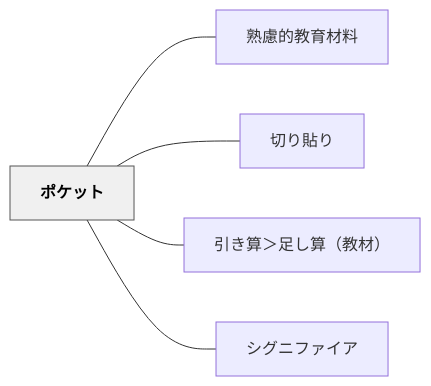
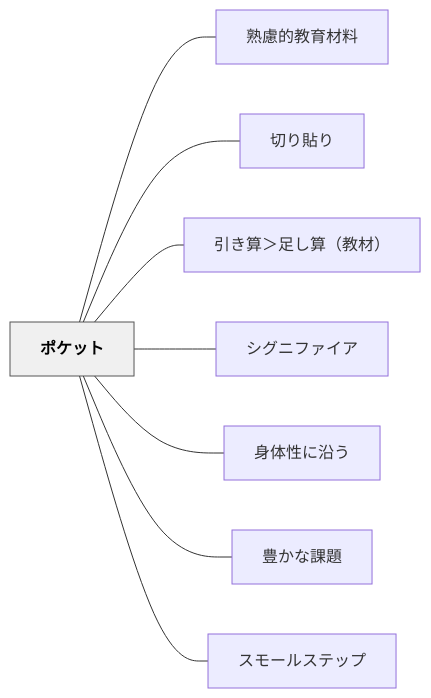
One commit to unknownthings-ed-patterns/unknownthings-ed-patterns changed the diagram in content/パタン/ポケット.md. Above: the diagram before and after it, drawn with Mermaid. The commit also changed other lines of this file and 71 other files, not shown here.

````diff
--- a/content/パタン/ポケット.md
+++ b/content/パタン/ポケット.md
@@ -45,16 +48,22 @@
 ```mermaid
 flowchart LR
     ne3839de382b1e38383e38388["ポケット"]
     ne7869fe685aee79a84e69599e882b2e69d90e69699["熟慮的教育材料"]
     ne58887e3828ae8b2bce3828a["切り貼り"]
     ne5bc95e3818de7ae97efbc9ee8b6b3e38197e7ae97efbc88e69599e69d90efbc89["引き算＞足し算（教材）"]
     ne382b7e382b0e3838be38395e382a1e382a4e382a2["シグニファイア"]
+    ne8baabe4bd93e680a7e381abe6b2bfe38186["身体性に沿う"]
+    ne8b18ae3818be381aae8aab2e9a18c["豊かな課題"]
+    ne382b9e383a2e383bce383abe382b9e38386e38383e38397["スモールステップ"]
 
     ne3839de382b1e38383e38388 --- ne7869fe685aee79a84e69599e882b2e69d90e69699
     ne3839de382b1e38383e38388 --- ne58887e3828ae8b2bce3828a
     ne3839de382b1e38383e38388 --- ne5bc95e3818de7ae97efbc9ee8b6b3e38197e7ae97efbc88e69599e69d90efbc89
     ne3839de382b1e38383e38388 --- ne382b7e382b0e3838be38395e382a1e382a4e382a2
+    ne3839de382b1e38383e38388 --- ne8baabe4bd93e680a7e381abe6b2bfe38186
+    ne3839de382b1e38383e38388 --- ne8b18ae3818be381aae8aab2e9a18c
+    ne3839de382b1e38383e38388 --- ne382b9e383a2e383bce383abe382b9e38386e38383e38397
 
     classDef hub fill:#f0f0f0,stroke:#555,color:#000,font-weight:bold
     class ne3839de382b1e38383e38388 hub
 ```
````
